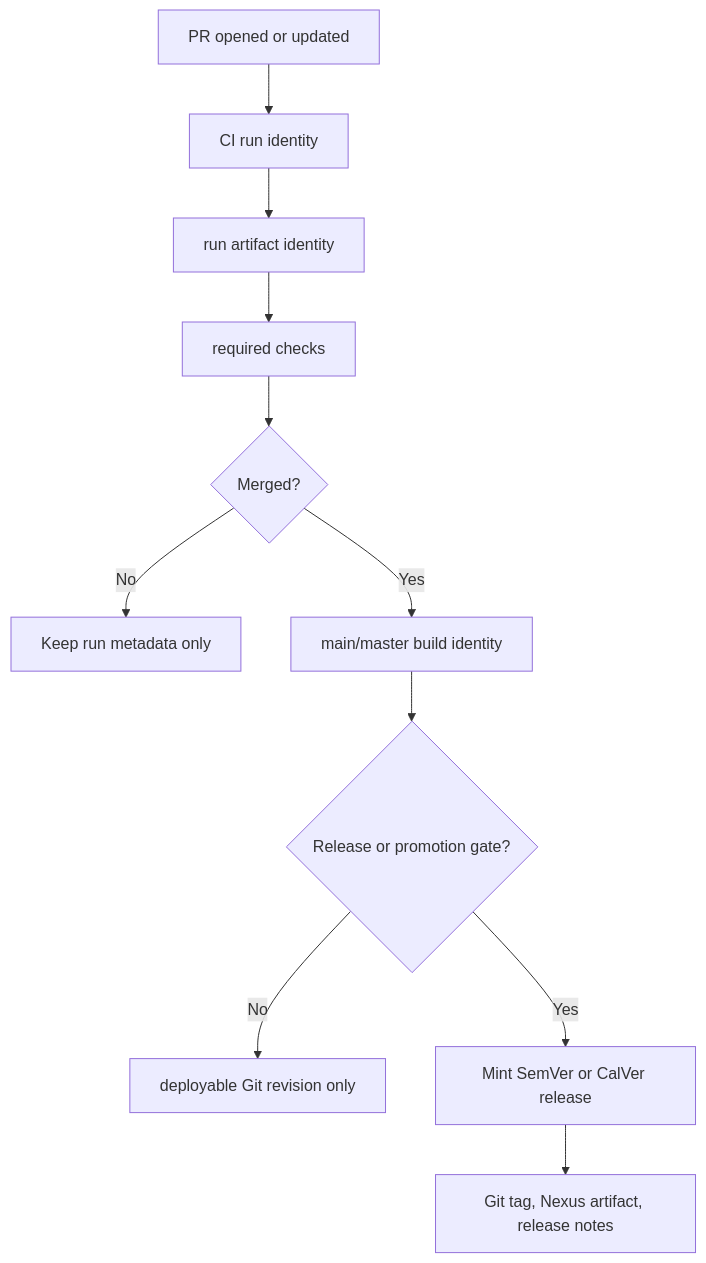
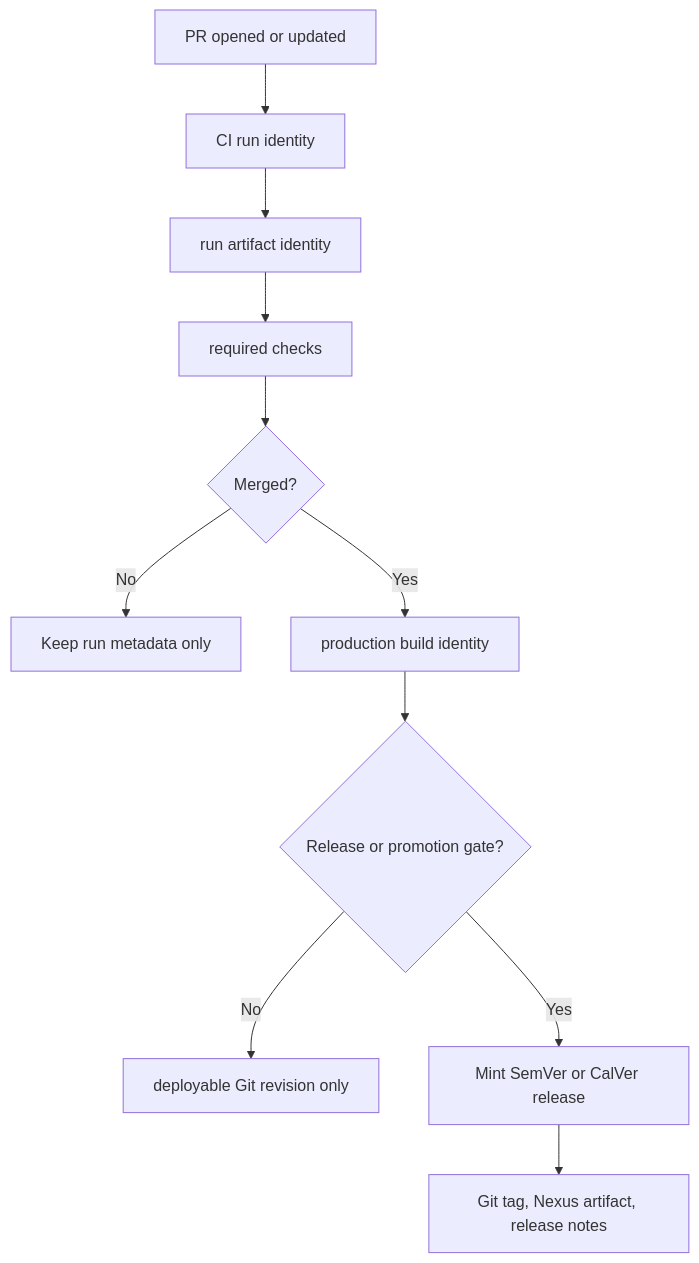
One commit to echoares-lab/homelab-gitops changed the fifth of 7 diagrams in docs/ARC_NEXUS_CICD_STACK.md. Above: the diagram before and after it, drawn with Mermaid. The commit also changed other lines of this file and 12 other files, not shown here.

````diff
--- a/docs/ARC_NEXUS_CICD_STACK.md
+++ b/docs/ARC_NEXUS_CICD_STACK.md
@@ -192,13 +193,13 @@
 ```mermaid
 flowchart TD
     PR[PR opened or updated] --> RunID[CI run identity]
     RunID --> ArtifactID[run artifact identity]
     ArtifactID --> Checks[required checks]
     Checks --> Merge{Merged?}
     Merge -->|No| Trace[Keep run metadata only]
-    Merge -->|Yes| Main[main/master build identity]
-    Main --> Gate{Release or promotion gate?}
+    Merge -->|Yes| Prod[production build identity]
+    Prod --> Gate{Release or promotion gate?}
     Gate -->|No| GitSHA[deployable Git revision only]
     Gate -->|Yes| Version[Mint SemVer or CalVer release]
     Version --> Tag[Git tag, Nexus artifact, release notes]
 ```
````
